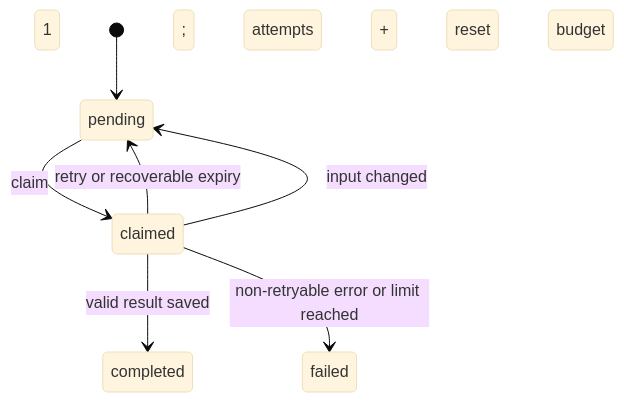
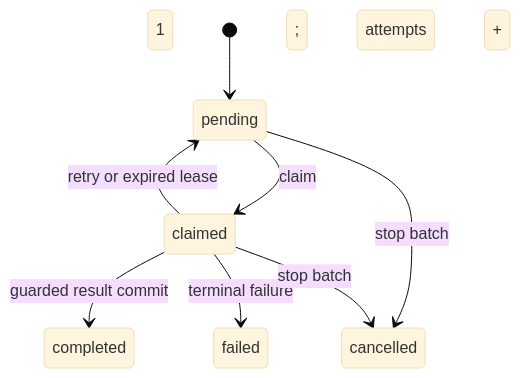
The third of 3 diagrams in docs/architecture.md (Fei-stack-wq/maie6000c-PRI), drawn with Mermaid (base theme) before and after one commit. The commit also changed other lines of this file and 76 other files, not shown here.

````diff
--- a/docs/architecture.md
+++ b/docs/architecture.md
@@ -109,9 +67,10 @@
 ```mermaid
 stateDiagram-v2
     [*] --> pending
     pending --> claimed: claim; attempts + 1
-    claimed --> completed: valid result saved
-    claimed --> pending: retry or recoverable expiry
-    claimed --> failed: non-retryable error or limit reached
-    claimed --> pending: input changed; reset budget
+    claimed --> completed: guarded result commit
+    claimed --> pending: retry or expired lease
+    claimed --> failed: terminal failure
+    pending --> cancelled: stop batch
+    claimed --> cancelled: stop batch
 ```
````
